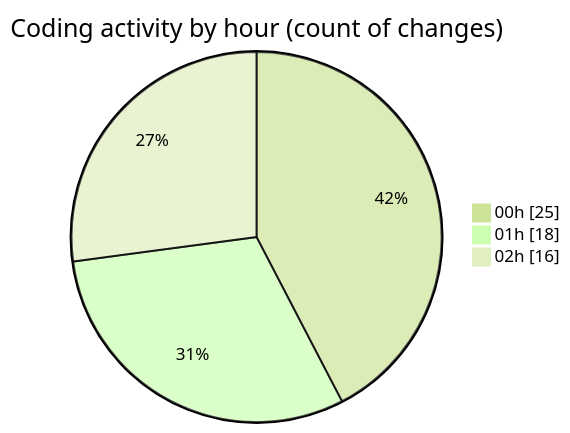
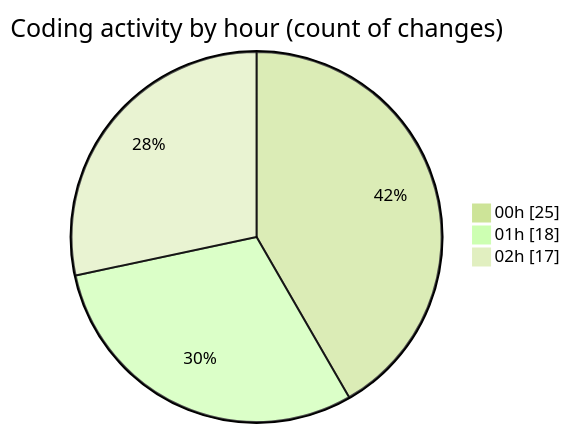
Before and after one commit to EIIisD/code-tracking: the second of 2 diagrams in 2025-07-18/ribbon/README.md, drawn with Mermaid (forest theme). The commit also changed other lines of this file and 1 other file, not shown here.

````diff
--- a/2025-07-18/ribbon/README.md
+++ b/2025-07-18/ribbon/README.md
@@ -37,7 +37,7 @@
 ```mermaid
 pie showData
 title Coding activity by hour (count of changes)
 "00h" : 25
 "01h" : 18
-"02h" : 16
+"02h" : 17
 ```
````
